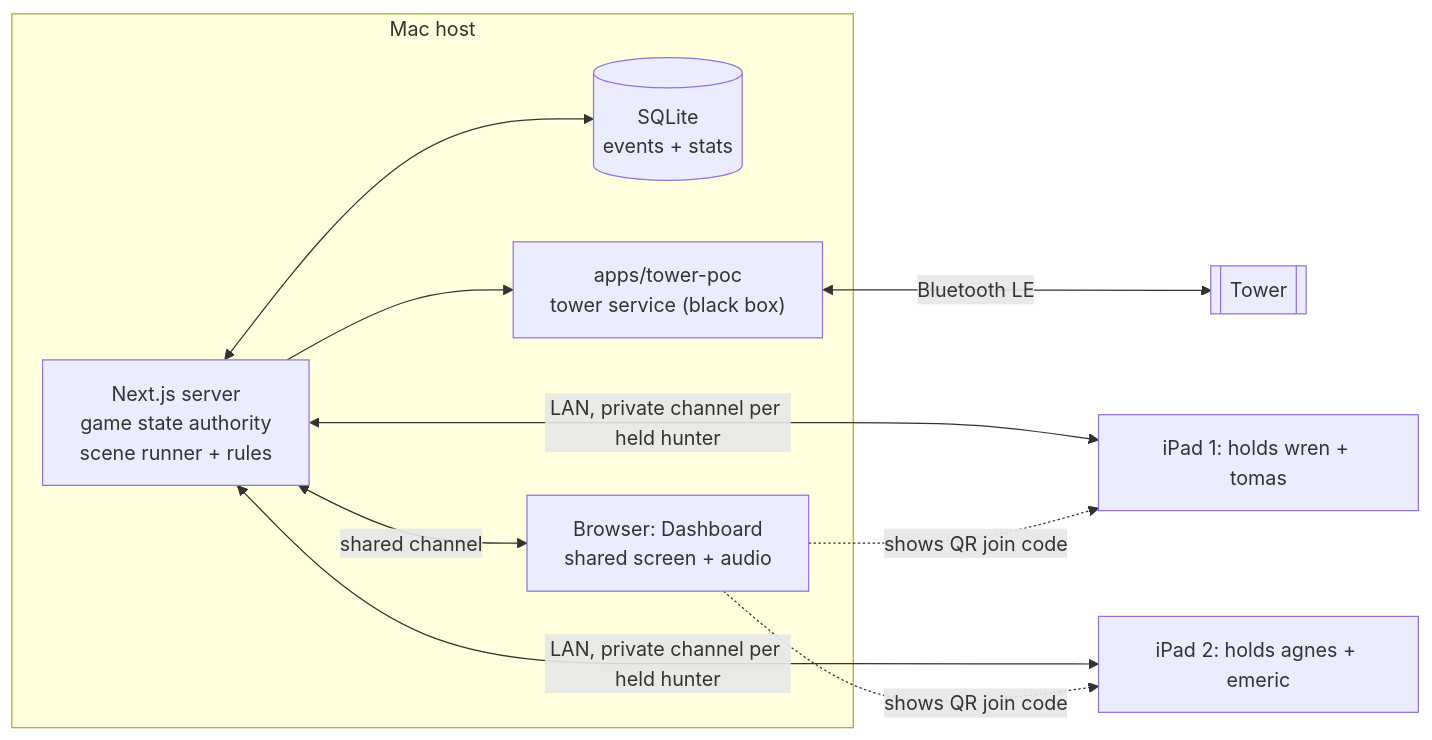
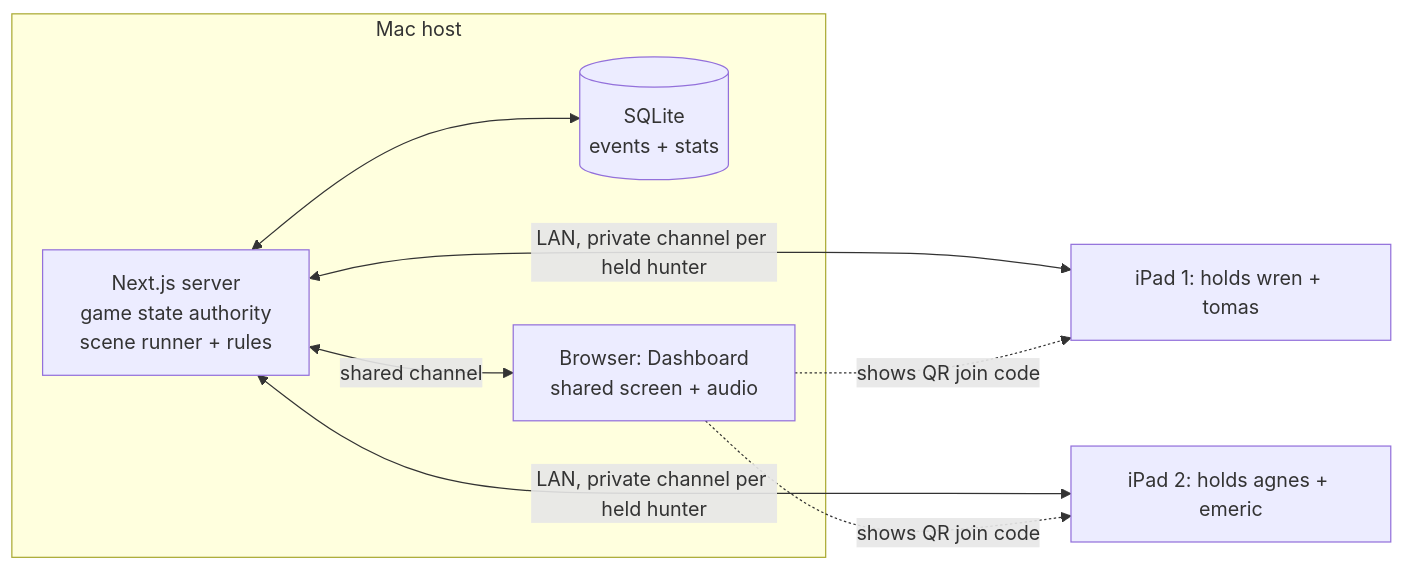
One commit to bpaksi/bloodtower changed the diagram in apps/burgomaster-funeral-poc/docs/PRD.md. Above: the diagram before and after it, drawn with Mermaid. The commit also changed other lines of this file and 14 other files, not shown here.

Commit message:
docs(funeral-poc): PRD rev 4 (tower to Phase 2), plan update, G0 approved, new script moments, first-pass art

````diff
--- a/apps/burgomaster-funeral-poc/docs/PRD.md
+++ b/apps/burgomaster-funeral-poc/docs/PRD.md
@@ -48,17 +49,14 @@
 ```mermaid
 flowchart LR
   subgraph Mac["Mac host"]
     S["Next.js server<br/>game state authority<br/>scene runner + rules"]
     DB[("SQLite<br/>events + stats")]
-    T["apps/tower-poc<br/>tower service (black box)"]
     D["Browser: Dashboard<br/>shared screen + audio"]
     S <--> DB
-    S --> T
     S <-->|"shared channel"| D
   end
-  T <-->|"Bluetooth LE"| TW[["Tower"]]
   S <-->|"LAN, private channel per held hunter"| P1["iPad 1: holds wren + tomas"]
   S <-->|"LAN, private channel per held hunter"| P2["iPad 2: holds agnes + emeric"]
   D -. "shows QR join code" .-> P1
   D -. "shows QR join code" .-> P2
 ```
````
